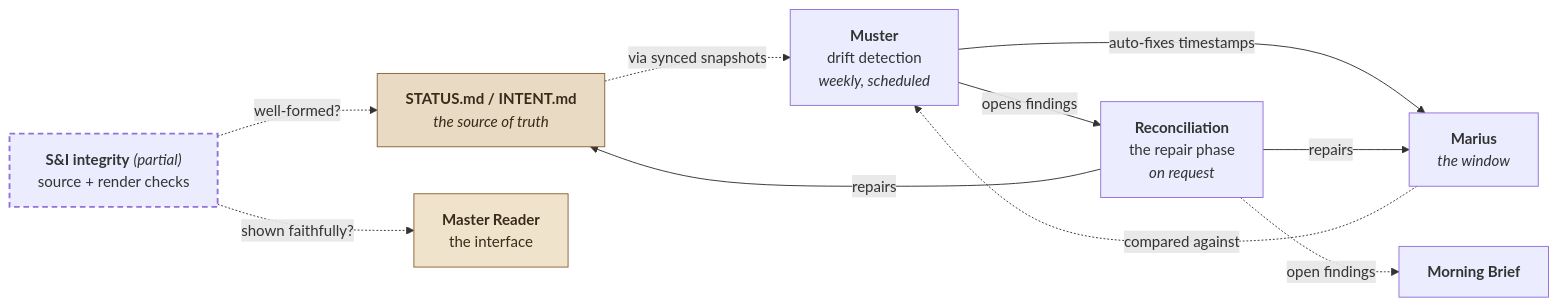
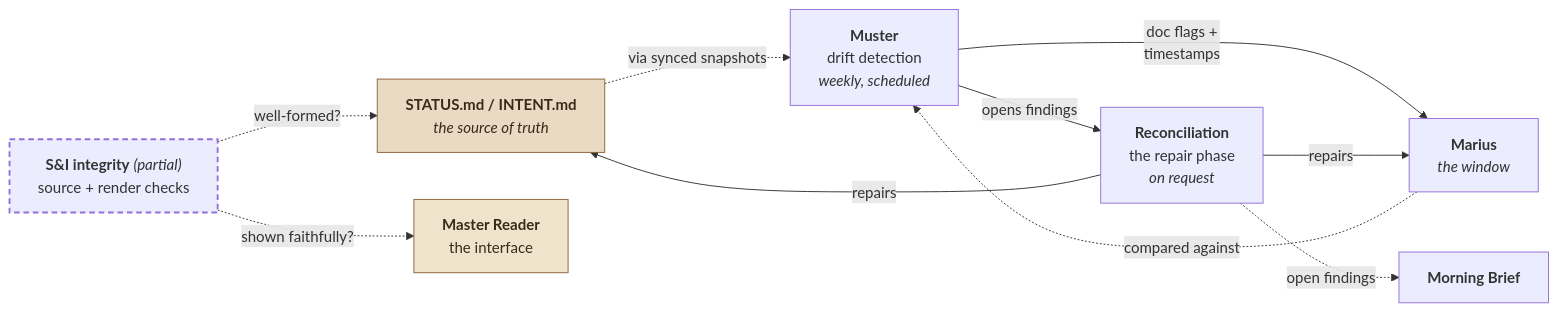
One commit to cubicleaf/The-Ecosystem changed the second of 2 diagrams in ECOSYSTEM-GUIDE.md. Above: the diagram before and after it, drawn with Mermaid. The commit also changed other lines of this file, not shown here.

````diff
--- a/ECOSYSTEM-GUIDE.md
+++ b/ECOSYSTEM-GUIDE.md
@@ -291,26 +292,26 @@
 ```mermaid
 flowchart LR
     SI["<b>STATUS.md / INTENT.md</b><br/><i>the source of truth</i>"]
     MAR["<b>Marius</b><br/><i>the window</i>"]
     MUS["<b>Muster</b><br/>drift detection<br/><i>weekly, scheduled</i>"]
     REC["<b>Reconciliation</b><br/>the repair phase<br/><i>on request</i>"]
     SNI["<b>S&amp;I integrity</b> <i>(partial)</i><br/>source + render checks"]
     MR["<b>Master Reader</b><br/>the interface"]
     MB["<b>Morning Brief</b>"]
 
     SI -.->|"via synced snapshots"| MUS
     MAR -.->|"compared against"| MUS
-    MUS -->|"auto-fixes timestamps"| MAR
+    MUS -->|"doc flags +<br/>timestamps"| MAR
     MUS -->|"opens findings"| REC
     REC -->|"repairs"| SI
     REC -->|"repairs"| MAR
     REC -.->|"open findings"| MB
     SNI -.->|"well-formed?"| SI
     SNI -.->|"shown faithfully?"| MR
 
     classDef partial stroke-dasharray:6 4,stroke-width:2px
     class SNI partial
 
     style SI fill:#e9dbc3,stroke:#8c6239,color:#3a2a1a
     style MR fill:#efe3cc,stroke:#8c6239,color:#3a2a1a
 ```
````
